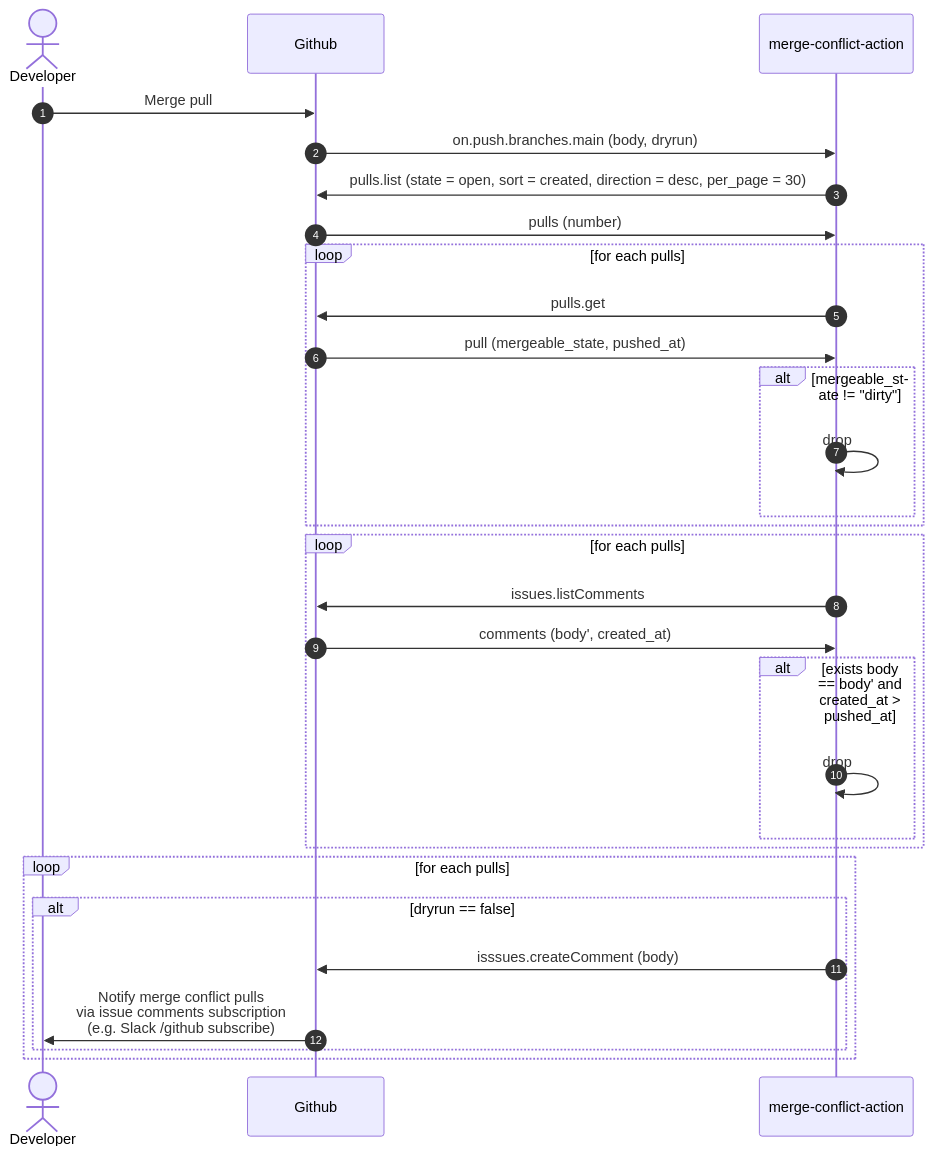
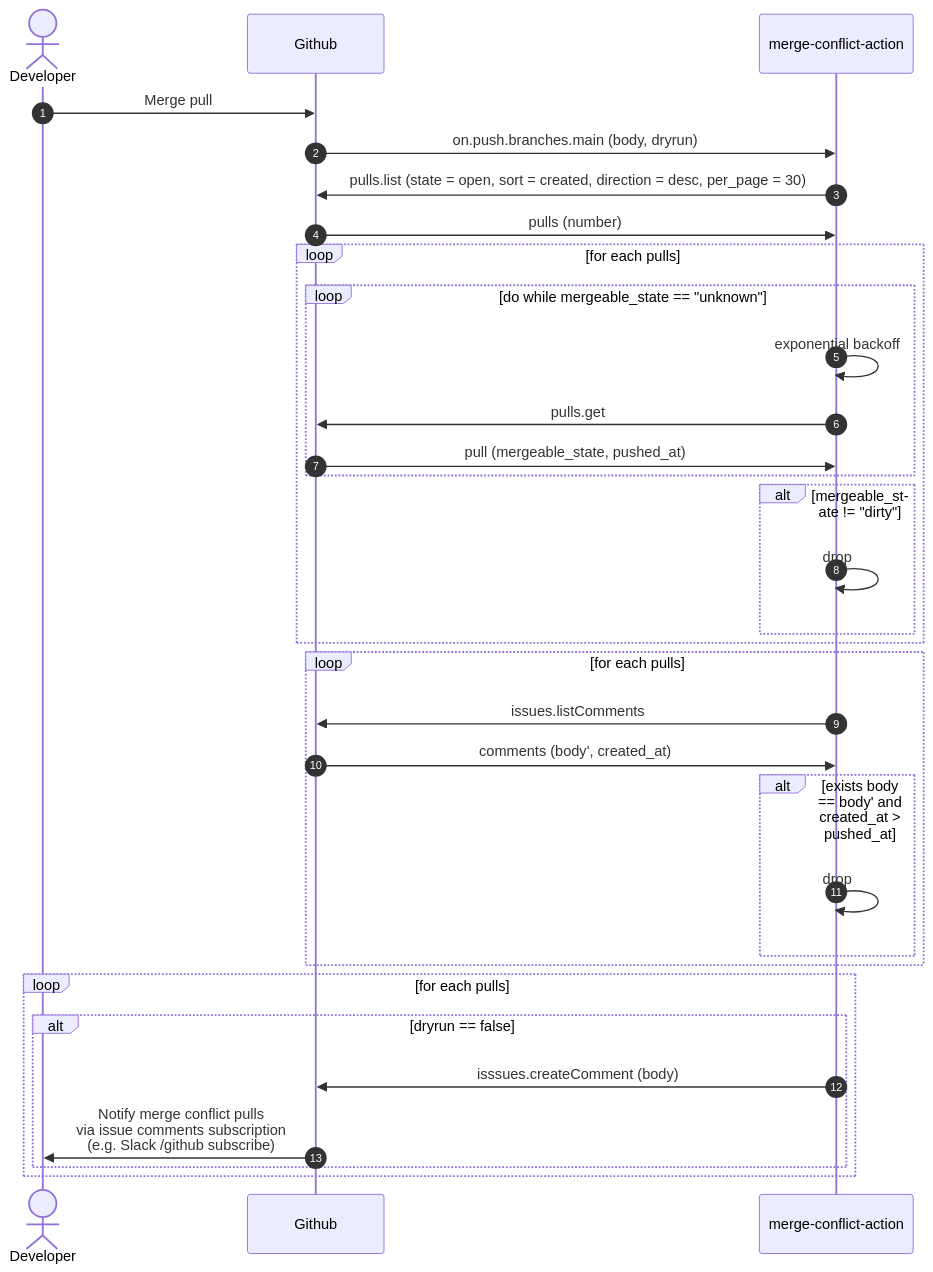
The diagram in docs/assets/mmd/flow.mmd (nokamoto/merge-conflict-action), drawn with Mermaid before and after one commit. The commit also changed 4 other files, not shown here.

```diff
--- a/docs/assets/mmd/flow.mmd
+++ b/docs/assets/mmd/flow.mmd
@@ -1,34 +1,37 @@
 sequenceDiagram
     autonumber
 
     actor dev as Developer
     participant github as Github
     participant action as merge-conflict-action
 
     dev ->> github : Merge pull
     github ->> action : on.push.branches.main (body, dryrun)
     action ->> github : pulls.list (state = open, sort = created, direction = desc, per_page = 30)
     github ->> action : pulls (number)
 
     loop for each pulls
-        action ->> github : pulls.get
-        github ->> action : pull (mergeable_state, pushed_at)
+        loop do while mergeable_state == "unknown"
+            action ->> action : exponential backoff
+            action ->> github : pulls.get
+            github ->> action : pull (mergeable_state, pushed_at)
+        end
         alt mergeable_state != "dirty"
             action ->> action : drop
         end
     end
 
     loop for each pulls
         action ->> github : issues.listComments
         github ->> action : comments (body', created_at)
         alt exists body == body' and created_at > pushed_at
             action ->> action : drop
         end
     end
 
     loop for each pulls
         alt dryrun == false
             action ->> github : isssues.createComment (body)
             github ->> dev : Notify merge conflict pulls <br> via issue comments subscription <br> (e.g. Slack /github subscribe)
         end
     end
```
